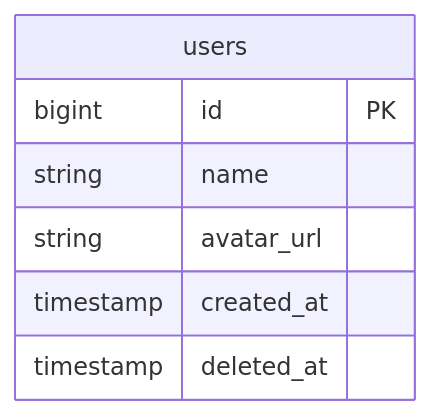
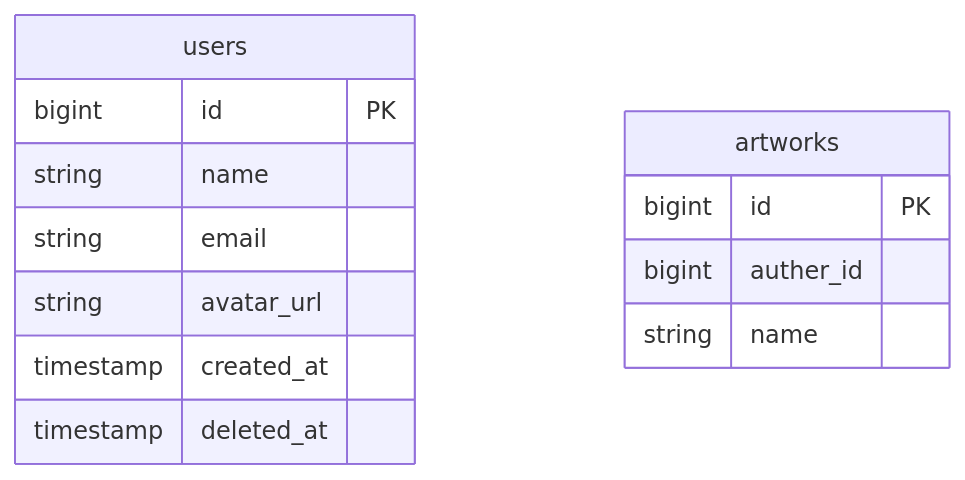
The diagram in docs/er.md (Fush1m1/resume-app), drawn with Mermaid before and after one commit. The commit also changed 3 other files, not shown here.

````diff
--- a/docs/er.md
+++ b/docs/er.md
@@ -1,10 +1,18 @@
 ```mermaid
 erDiagram
   users {
     bigint id PK
     string name
+    string email
+    
     string avatar_url
     timestamp created_at
     timestamp deleted_at
   }
+
+  artworks {
+    bigint id PK
+    bigint auther_id 
+    string name
+  }
 ```
````
